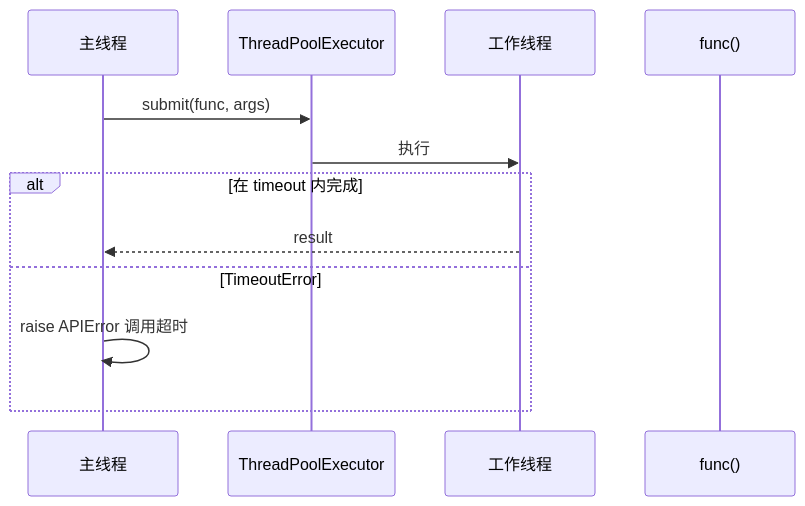
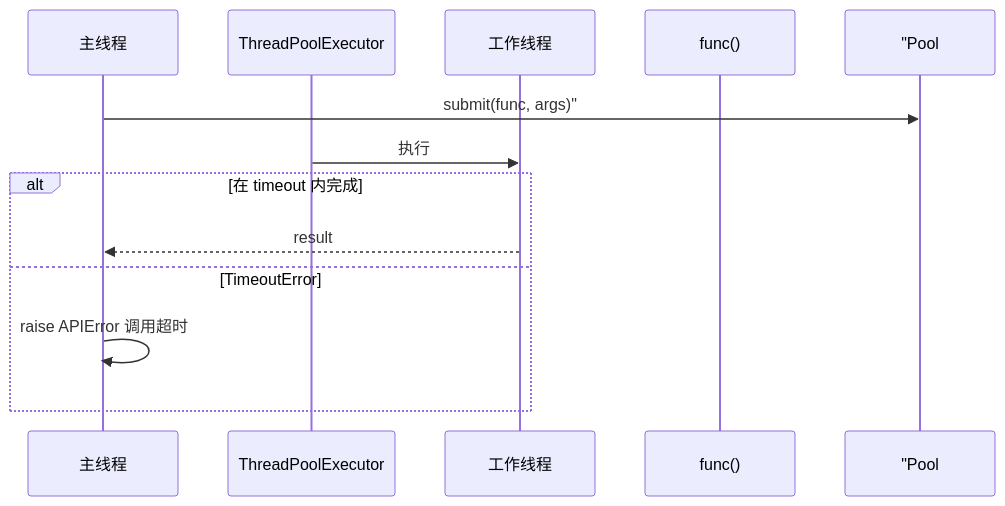
The second of 5 diagrams in course/day13/04_流程图与示意图.md (ab6539763/70_days_course_plus), drawn with Mermaid before and after one commit. The commit also changed other lines of this file and 134 other files, not shown here.

````diff
--- a/course/day13/04_流程图与示意图.md
+++ b/course/day13/04_流程图与示意图.md
@@ -38,15 +38,15 @@
 ```mermaid
 sequenceDiagram
     participant Main as 主线程
     participant Pool as ThreadPoolExecutor
     participant Worker as 工作线程
     participant Func as func()
 
-    Main->>Pool: submit(func, args)
+    Main->> "Pool: submit(func, args)"
     Pool->>Worker: 执行
     alt 在 timeout 内完成
         Worker-->>Main: result
     else TimeoutError
         Main->>Main: raise APIError 调用超时
     end
 ```
````
